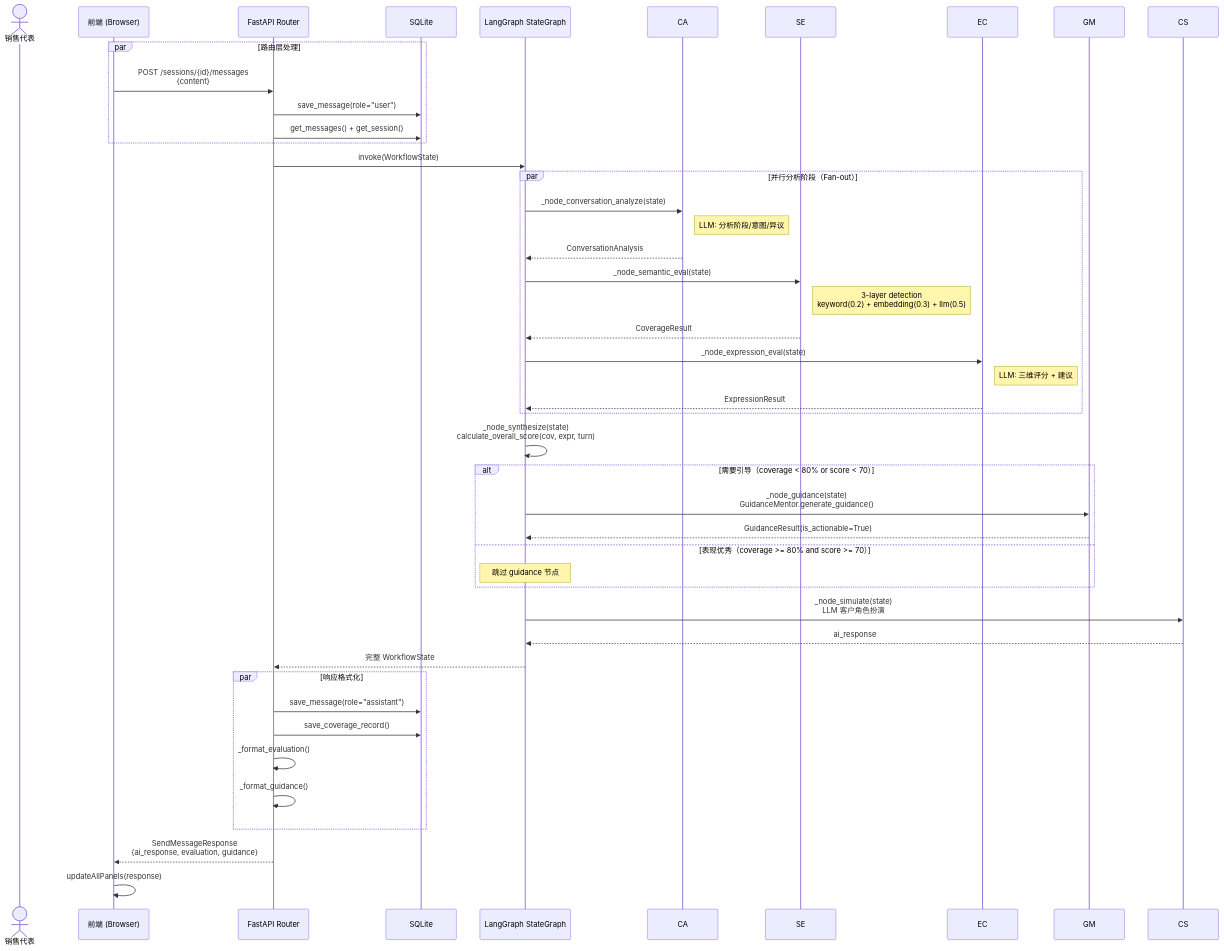
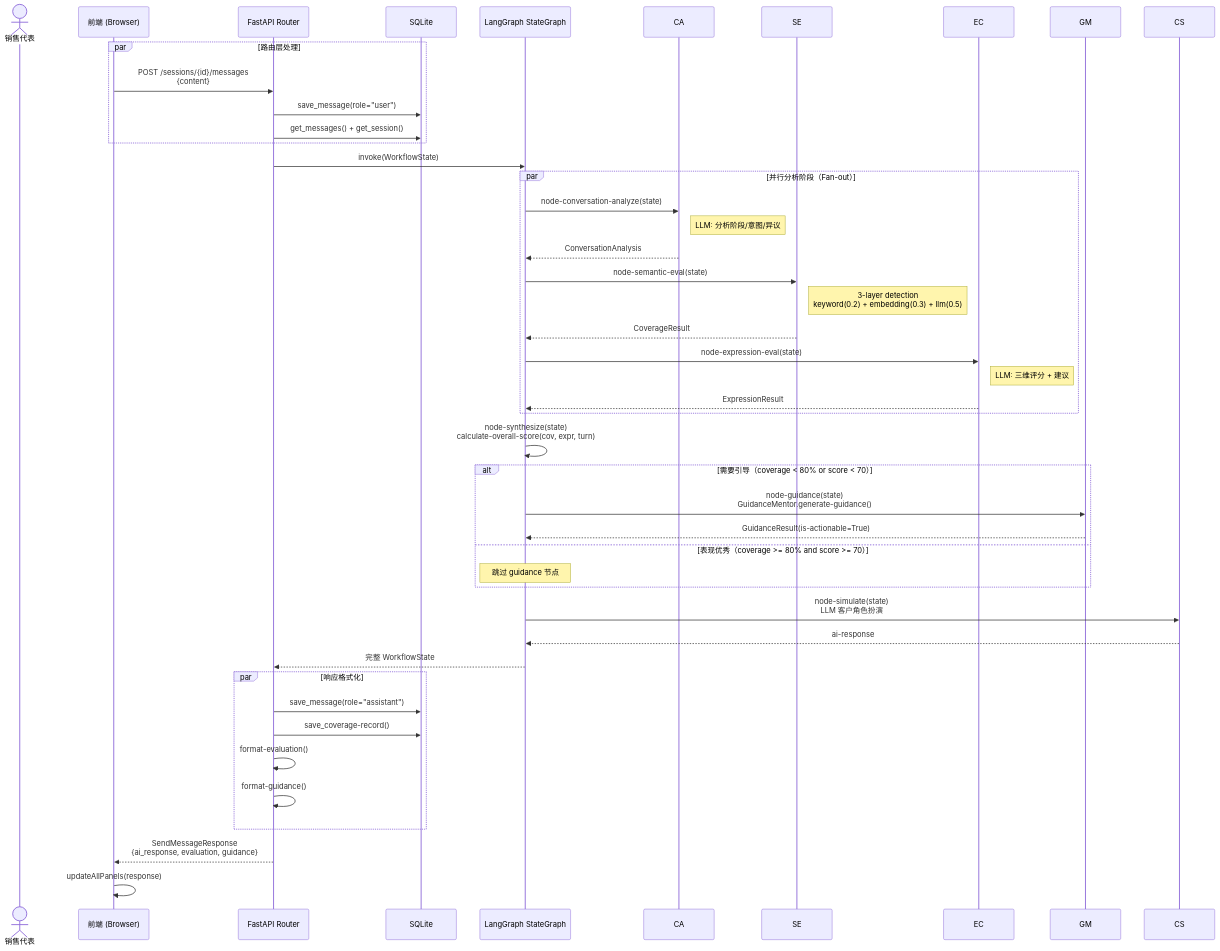
One commit to xt765/UMU-Sales-Trainer changed the first of 5 diagrams in docs/architecture.md. Above: the diagram before and after it, drawn with Mermaid. The commit also changed other lines of this file and 1 other file, not shown here.

Commit message:
fix: remove ALL remaining underscores from mermaid diagrams and stateDiagrams for Gitee compatibility

````diff
--- a/docs/architecture.md
+++ b/docs/architecture.md
@@ -22,54 +22,54 @@
 ```mermaid
 sequenceDiagram
     actor User as 销售代表
     participant FE as 前端 (Browser)
     participant Router as FastAPI Router
     participant DB as SQLite
     participant WF as LangGraph StateGraph
 
     par 路由层处理
         FE->>Router: POST /sessions/{id}/messages<br/>{content}
         Router->>DB: save_message(role="user")
         Router->>DB: get_messages() + get_session()
     end
 
     Router->>WF: invoke(WorkflowState)
 
     par 并行分析阶段（Fan-out）
-        WF->>CA: _node_conversation_analyze(state)
+        WF->>CA: node-conversation-analyze(state)
         Note right of CA: LLM: 分析阶段/意图/异议
         CA-->>WF: ConversationAnalysis
 
-        WF->>SE: _node_semantic_eval(state)
+        WF->>SE: node-semantic-eval(state)
         Note right of SE: 3-layer detection<br/>keyword(0.2) + embedding(0.3) + llm(0.5)
         SE-->>WF: CoverageResult
 
-        WF->>EC: _node_expression_eval(state)
+        WF->>EC: node-expression-eval(state)
         Note right of EC: LLM: 三维评分 + 建议
         EC-->>WF: ExpressionResult
     end
 
-    WF->>WF: _node_synthesize(state)<br/>calculate_overall_score(cov, expr, turn)
+    WF->>WF: node-synthesize(state)<br/>calculate-overall-score(cov, expr, turn)
 
     alt 需要引导（coverage < 80% or score < 70）
-        WF->>GM: _node_guidance(state)<br/>GuidanceMentor.generate_guidance()
-        GM-->>WF: GuidanceResult(is_actionable=True)
+        WF->>GM: node-guidance(state)<br/>GuidanceMentor.generate-guidance()
+        GM-->>WF: GuidanceResult(is-actionable=True)
     else 表现优秀（coverage >= 80% and score >= 70）
         Note over WF: 跳过 guidance 节点
     end
 
-    WF->>CS: _node_simulate(state)<br/>LLM 客户角色扮演
-    CS-->>WF: ai_response
+    WF->>CS: node-simulate(state)<br/>LLM 客户角色扮演
+    CS-->>WF: ai-response
 
     WF-->>Router: 完整 WorkflowState
 
     par 响应格式化
         Router->>DB: save_message(role="assistant")
-        Router->>DB: save_coverage_record()
-        Router->>Router: _format_evaluation()
-        Router->>Router: _format_guidance()
+        Router->>DB: save_coverage-record()
+        Router->>Router: format-evaluation()
+        Router->>Router: format-guidance()
     end
 
     Router-->>FE: SendMessageResponse<br/>{ai_response, evaluation, guidance}
     FE->>FE: updateAllPanels(response)
 ```
````
